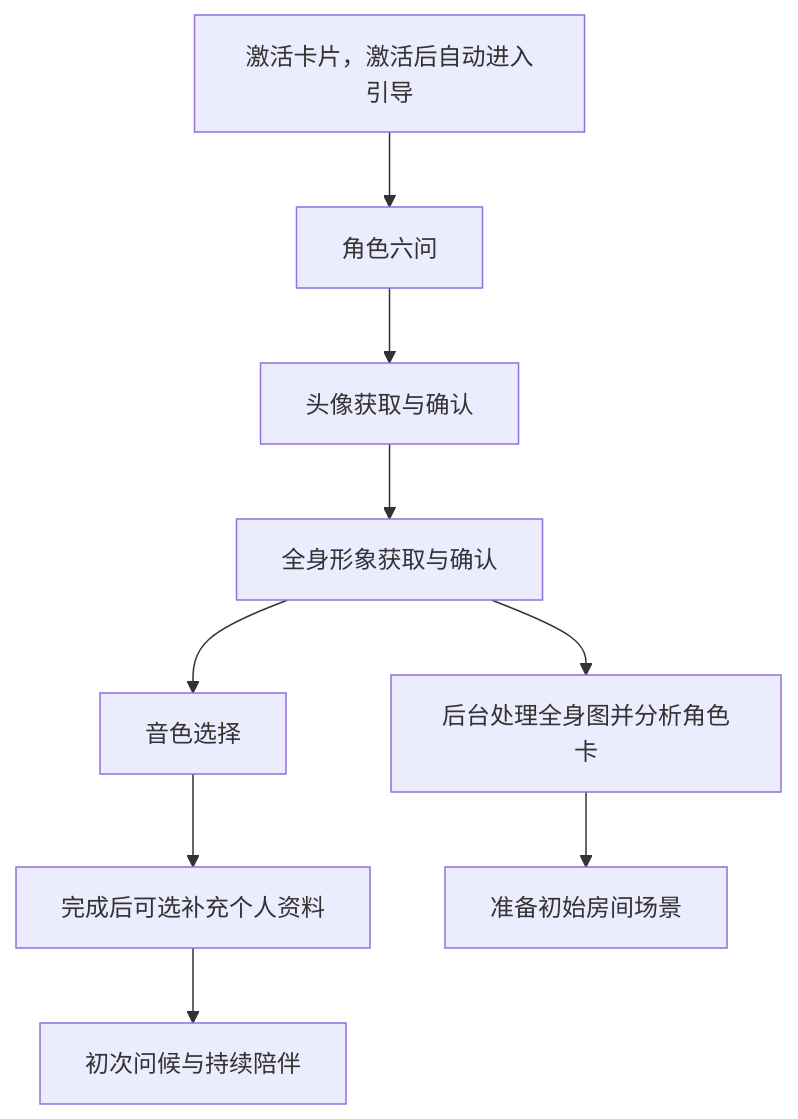
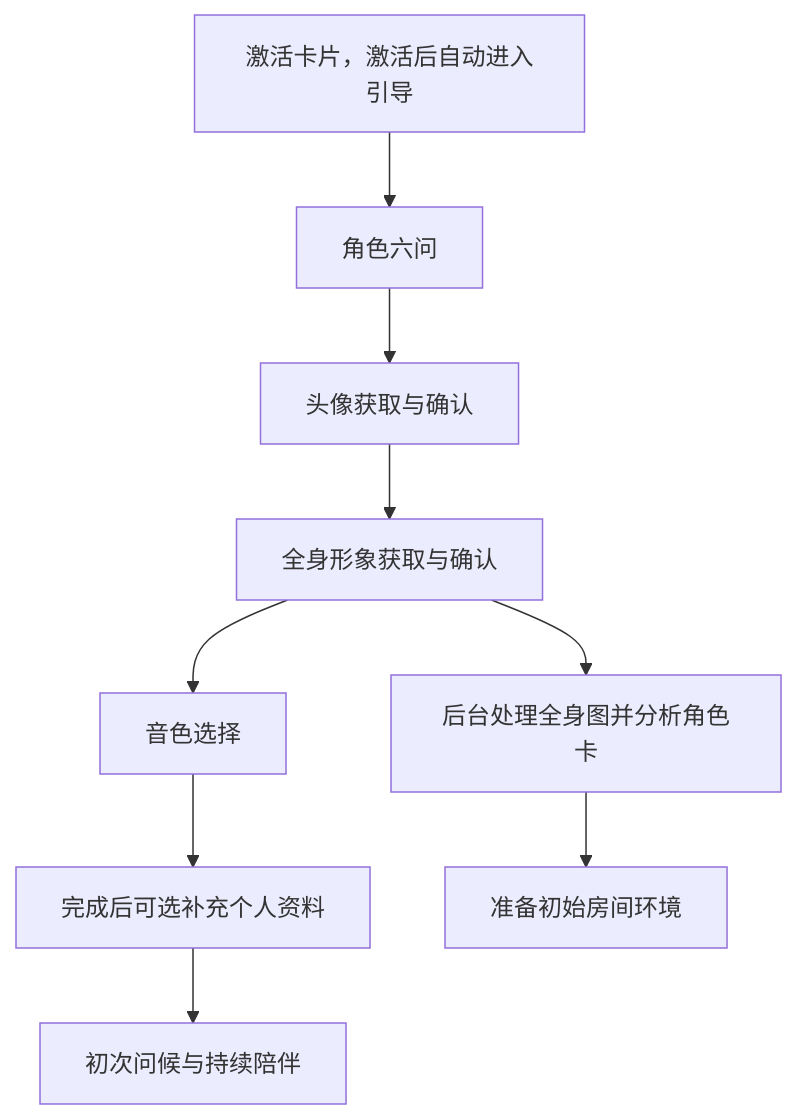
The diagram in docs/DESIGN.md (yangjinming1062/SpiritAgent), drawn with Mermaid before and after one commit. The commit also changed other lines of this file and 268 other files, not shown here.

````diff
--- a/docs/DESIGN.md
+++ b/docs/DESIGN.md
@@ -15,11 +15,11 @@
 ```mermaid
 flowchart TD
     Activation[激活卡片，激活后自动进入引导] --> Role[角色六问]
     Role --> Avatar[头像获取与确认]
     Avatar --> Full[全身形象获取与确认]
     Full --> Voice[音色选择]
     Voice --> User[完成后可选补充个人资料]
     User --> Greeting[初次问候与持续陪伴]
     Full --> Card[后台处理全身图并分析角色卡]
-    Card --> Scene[准备初始房间场景]
+    Card --> Scene[准备初始房间环境]
 ```
````
